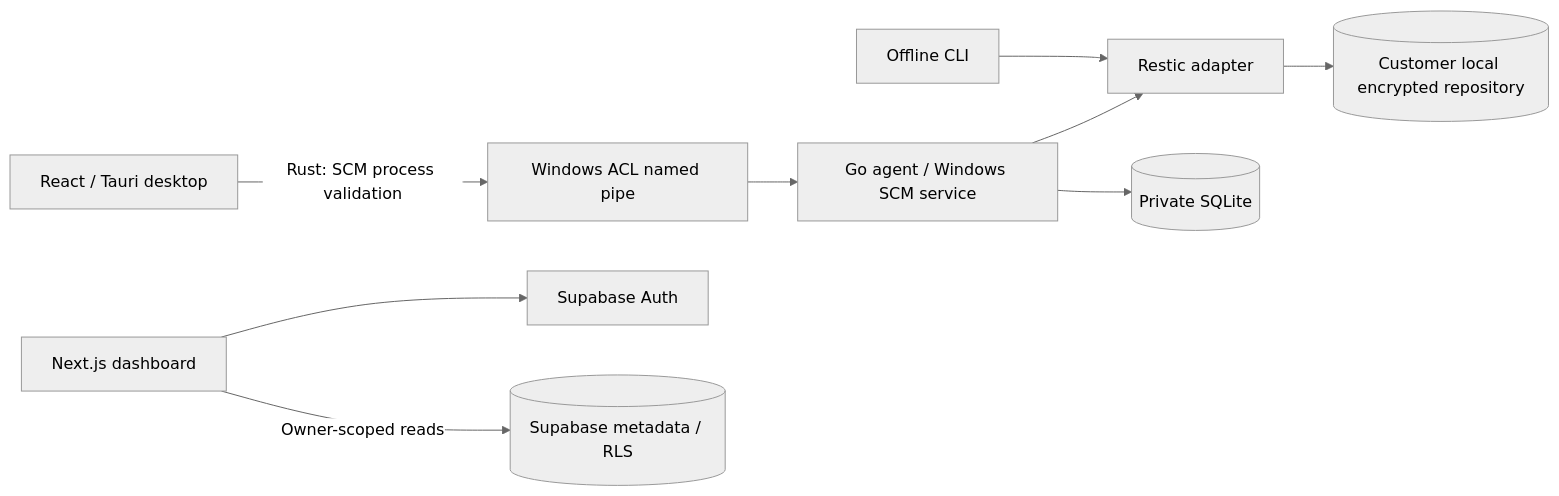
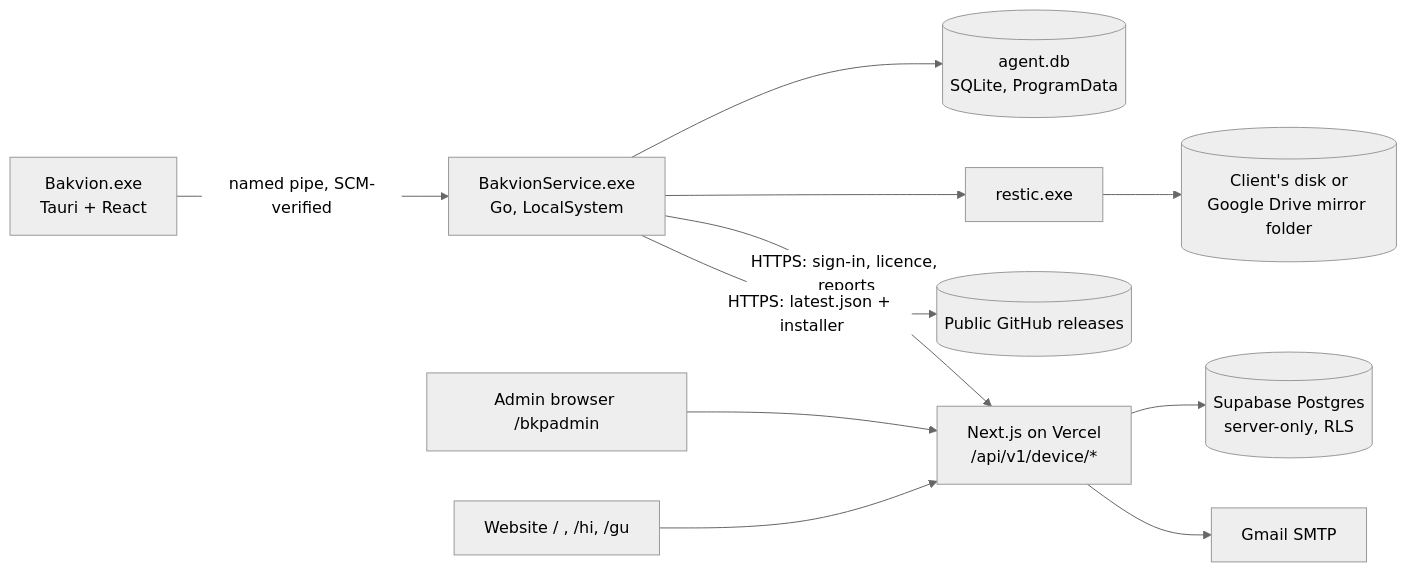
One commit to ishansavaliya/hybrid-backup-manager changed the diagram in docs/architecture/ARCHITECTURE.md. Above: the diagram before and after it, drawn with Mermaid (neutral theme). The commit also changed other lines of this file and 12 other files, not shown here.

````diff
--- a/docs/architecture/ARCHITECTURE.md
+++ b/docs/architecture/ARCHITECTURE.md
@@ -3,11 +3,13 @@
 ```mermaid
 flowchart LR
- Desktop[React / Tauri desktop] -->|Rust: SCM process validation| Pipe[Windows ACL named pipe]
- Pipe --> Agent[Go agent / Windows SCM service]
- CLI[Offline CLI] --> Engine[Restic adapter]
- Agent --> SQLite[(Private SQLite)]
- Agent --> Engine
- Engine --> Repository[(Customer local encrypted repository)]
- Web[Next.js dashboard] --> Auth[Supabase Auth]
- Web -->|Owner-scoped reads| PG[(Supabase metadata / RLS)]
+ App[Bakvion.exe<br/>Tauri + React] -->|named pipe, SCM-verified| Service[BakvionService.exe<br/>Go, LocalSystem]
+ Service --> DB[(agent.db<br/>SQLite, ProgramData)]
+ Service --> Restic[restic.exe]
+ Restic --> Repo[(Client's disk or<br/>Google Drive mirror folder)]
+ Service -->|HTTPS: sign-in, licence, reports| API[Next.js on Vercel<br/>/api/v1/device/*]
+ Service -->|HTTPS: latest.json + installer| Releases[(Public GitHub releases)]
+ API --> PG[(Supabase Postgres<br/>server-only, RLS)]
+ API --> SMTP[Gmail SMTP]
+ Admin[Admin browser /bkpadmin] --> API
+ Site[Website / , /hi, /gu] --> API
 ```
````
